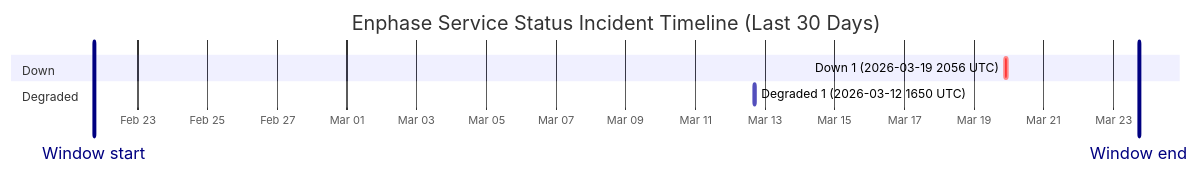
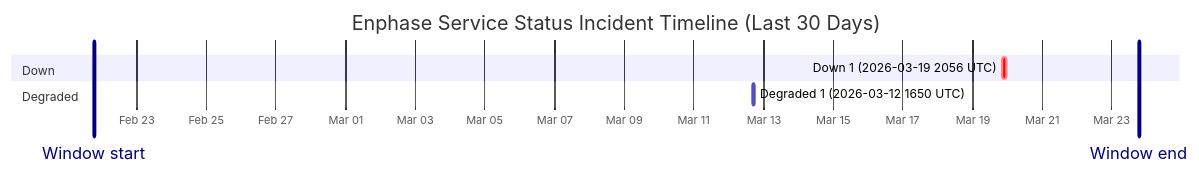
One commit to barneyonline/ha-enphase-ev-charger changed the diagram in wiki/Service-Status-History.md. Above: the diagram before and after it, drawn with Mermaid. The commit also changed other lines of this file and 3 other files, not shown here.

````diff
--- a/wiki/Service-Status-History.md
+++ b/wiki/Service-Status-History.md
@@ -14,12 +14,12 @@
 ```mermaid
 gantt
     title Enphase Service Status Incident Timeline (Last 30 Days)
     dateFormat  YYYY-MM-DDTHH:mm:ss
     axisFormat  %b %d
-    Window start :vert, window-start, 2026-02-21T17:43:55, 0ms
-    Window end :vert, window-end, 2026-03-23T17:43:55, 0ms
+    Window start :vert, window-start, 2026-02-21T18:40:27, 0ms
+    Window end :vert, window-end, 2026-03-23T18:40:27, 0ms
     section Down
     Down 1 (2026-03-19 2056 UTC) :crit, down-1, 2026-03-19T20:56:20, 145m
     section Degraded
     Degraded 1 (2026-03-12 1650 UTC) :active, degraded-1, 2026-03-12T16:50:43, 60m
 ```
````
